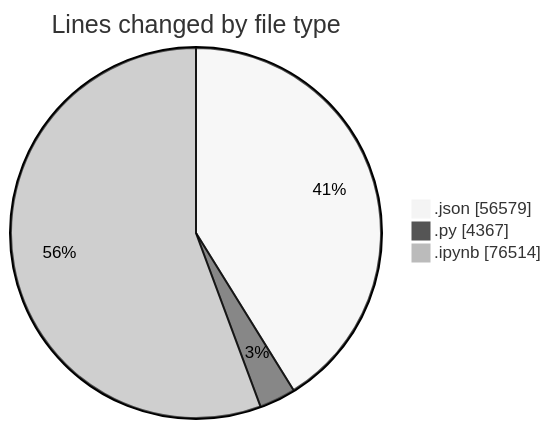
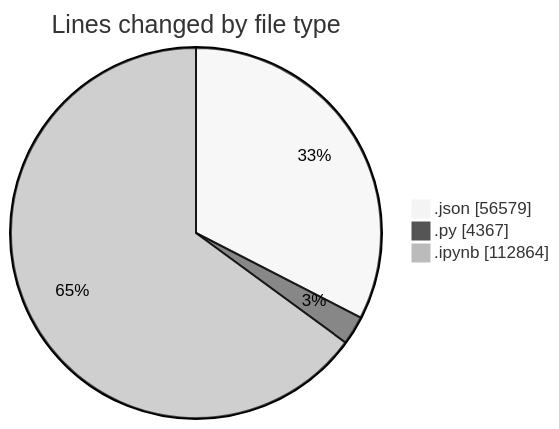
Before and after one commit to MatusMokan/code-tracking: the first of 2 diagrams in 2025-10-04/untitled__workspace_/README.md, drawn with Mermaid (neutral theme). The commit also changed other lines of this file and 1 other file, not shown here.

````diff
--- a/2025-10-04/untitled__workspace_/README.md
+++ b/2025-10-04/untitled__workspace_/README.md
@@ -36,7 +36,7 @@
 ```mermaid
 pie showData
 title Lines changed by file type
 ".json" : 56579
 ".py" : 4367
-".ipynb" : 76514
+".ipynb" : 112864
 ```
````
